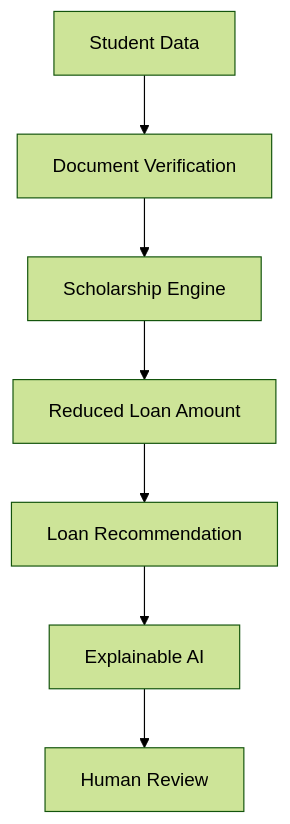
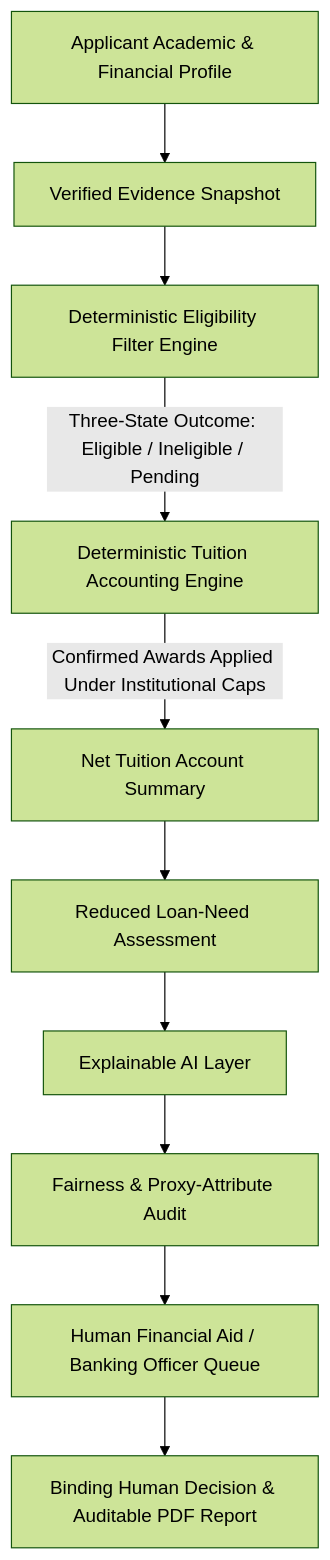
One commit to manthanshah07/FairExplain-AI changed the diagram in docs/CONTEXT.md. Above: the diagram before and after it, drawn with Mermaid (forest theme). The commit also changed other lines of this file and 10 other files, not shown here.

````diff
--- a/docs/CONTEXT.md
+++ b/docs/CONTEXT.md
@@ -25,9 +42,12 @@
 ```mermaid
 flowchart TD
-    A[Student Data] --> B[Document Verification]
-    B --> C[Scholarship Engine]
-    C --> D[Reduced Loan Amount]
-    D --> E[Loan Recommendation]
-    E --> F[Explainable AI]
-    F --> G[Human Review]
+    A[Applicant Academic & Financial Profile] --> B[Verified Evidence Snapshot]
+    B --> C[Deterministic Eligibility Filter Engine]
+    C -->|Three-State Outcome: Eligible / Ineligible / Pending| D[Deterministic Tuition Accounting Engine]
+    D -->|Confirmed Awards Applied Under Institutional Caps| E[Net Tuition Account Summary]
+    E --> F[Reduced Loan-Need Assessment]
+    F --> G[Explainable AI Layer]
+    G --> H[Fairness & Proxy-Attribute Audit]
+    H --> I[Human Financial Aid / Banking Officer Queue]
+    I --> J[Binding Human Decision & Auditable PDF Report]
 ```
````
